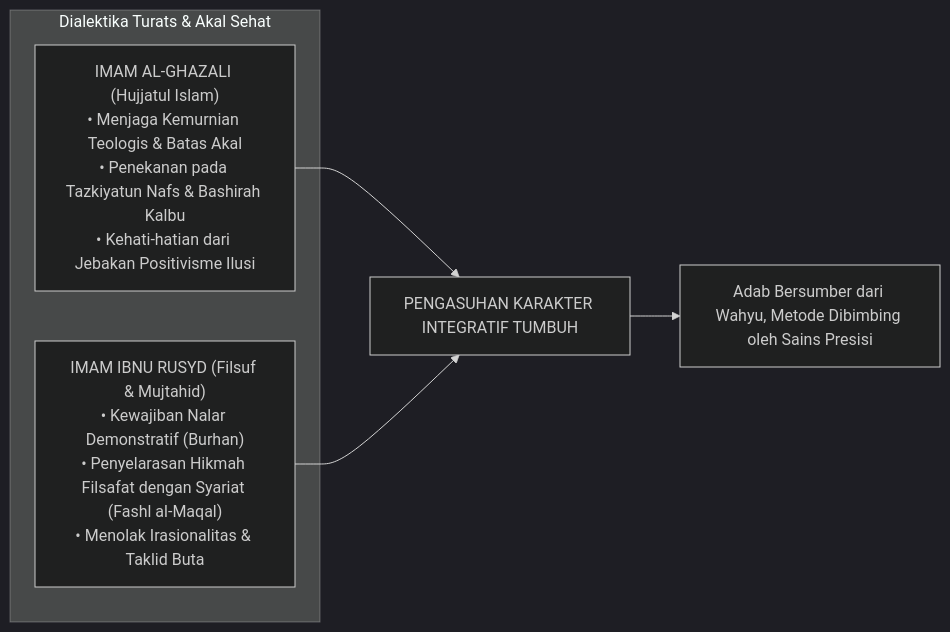
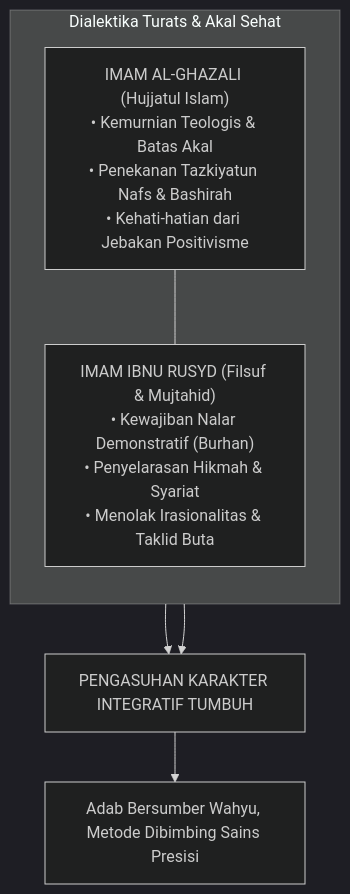
Before and after one commit to wandiapriliyandi/tumbuh: the third of 5 diagrams in BOOK Series 1/01-The-Fundamental-of-TUMBUH/Bab-03-Epistemologi-Terpadu-Wahyu-Nalar-dan-Fakta-Empiris.md, drawn with Mermaid (dark theme). The commit also changed other lines of this file and 35 other files, not shown here.

Commit message:
fix(book-01): optimasi keterbacaan diagram mermaid pada seluruh bab dan perbarui 20 file PDF

````diff
--- a/BOOK Series 1/01-The-Fundamental-of-TUMBUH/Bab-03-Epistemologi-Terpadu-Wahyu-Nalar-dan-Fakta-Empiris.md
+++ b/BOOK Series 1/01-The-Fundamental-of-TUMBUH/Bab-03-Epistemologi-Terpadu-Wahyu-Nalar-dan-Fakta-Empiris.md
@@ -172,12 +172,14 @@
 ```mermaid
-graph LR
+graph TD
     subgraph SINTESIS_KEILMUAN_ISLAM["Dialektika Turats & Akal Sehat"]
-        G["IMAM AL-GHAZALI (Hujjatul Islam)<br/>• Menjaga Kemurnian Teologis & Batas Akal<br/>• Penekanan pada Tazkiyatun Nafs & Bashirah Kalbu<br/>• Kehati-hatian dari Jebakan Positivisme Ilusi"]
-        R["IMAM IBNU RUSYD (Filsuf & Mujtahid)<br/>• Kewajiban Nalar Demonstratif (Burhan)<br/>• Penyelarasan Hikmah Filsafat dengan Syariat (Fashl al-Maqal)<br/>• Menolak Irasionalitas & Taklid Buta"]
+        direction TB
+        G["IMAM AL-GHAZALI (Hujjatul Islam)<br/>• Kemurnian Teologis & Batas Akal<br/>• Penekanan Tazkiyatun Nafs & Bashirah<br/>• Kehati-hatian dari Jebakan Positivisme"]
+        R["IMAM IBNU RUSYD (Filsuf & Mujtahid)<br/>• Kewajiban Nalar Demonstratif (Burhan)<br/>• Penyelarasan Hikmah & Syariat<br/>• Menolak Irasionalitas & Taklid Buta"]
+        G --- R
     end
 
     G --> S["PENGASUHAN KARAKTER INTEGRATIF TUMBUH"]
     R --> S
 
-    S --> M["Adab Bersumber dari Wahyu, Metode Dibimbing oleh Sains Presisi"]
+    S --> M["Adab Bersumber Wahyu, Metode Dibimbing Sains Presisi"]
 ```
````
